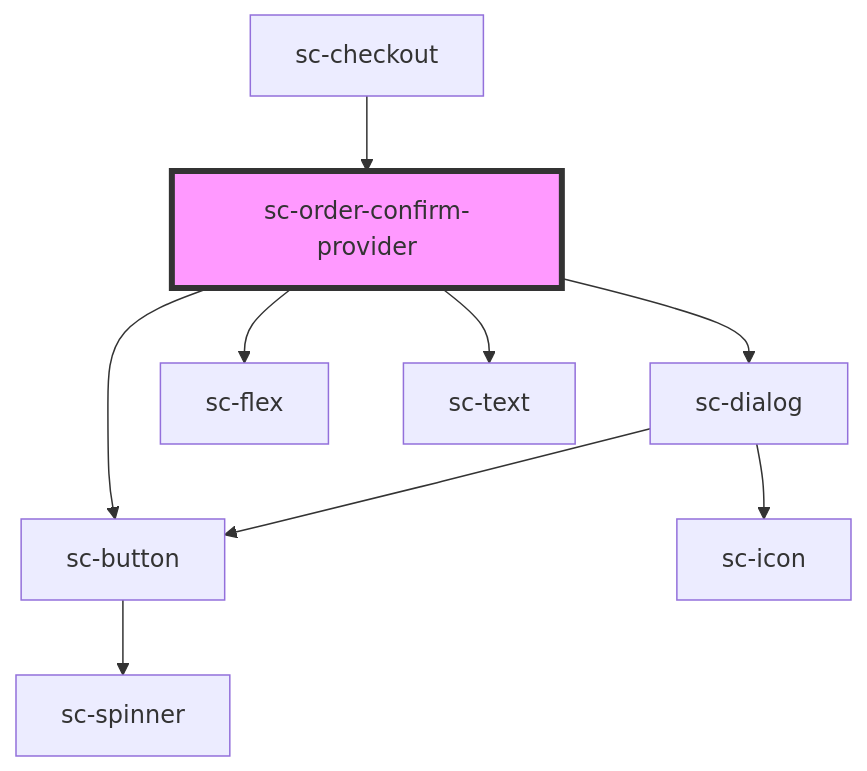
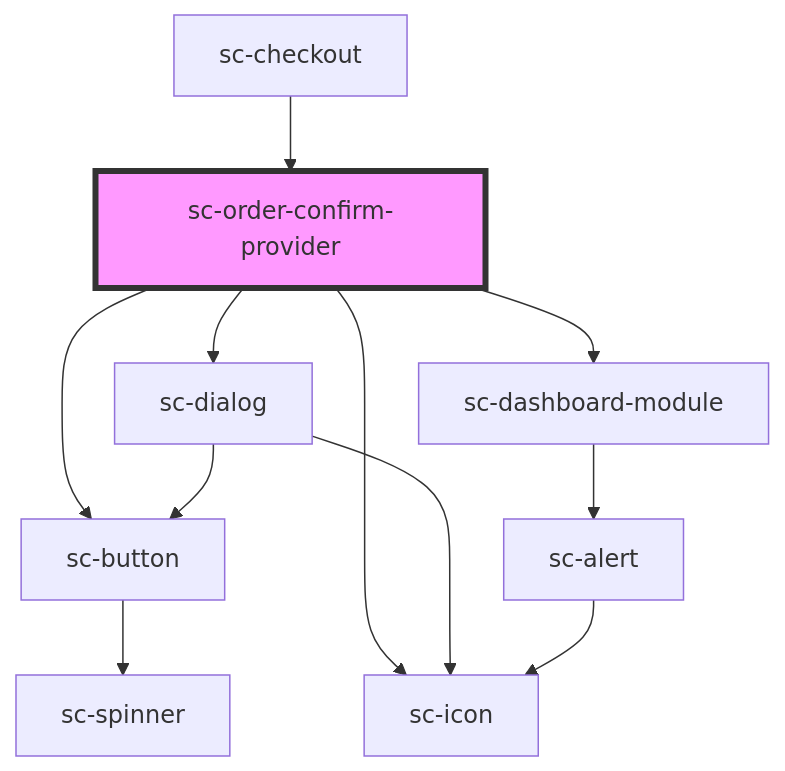
Before and after one commit to surecart/surecart-wp-plugin: the diagram in packages/components/src/components/providers/order-confirm-provider/readme.md, drawn with Mermaid. The commit also changed other lines of this file and 10 other files, not shown here.

````diff
--- a/packages/components/src/components/providers/order-confirm-provider/readme.md
+++ b/packages/components/src/components/providers/order-confirm-provider/readme.md
@@ -41,12 +42,14 @@
 ```mermaid
 graph TD;
   sc-order-confirm-provider --> sc-dialog
-  sc-order-confirm-provider --> sc-flex
-  sc-order-confirm-provider --> sc-text
+  sc-order-confirm-provider --> sc-icon
+  sc-order-confirm-provider --> sc-dashboard-module
   sc-order-confirm-provider --> sc-button
   sc-dialog --> sc-button
   sc-dialog --> sc-icon
   sc-button --> sc-spinner
+  sc-dashboard-module --> sc-alert
+  sc-alert --> sc-icon
   sc-checkout --> sc-order-confirm-provider
   style sc-order-confirm-provider fill:#f9f,stroke:#333,stroke-width:4px
 ```
````
